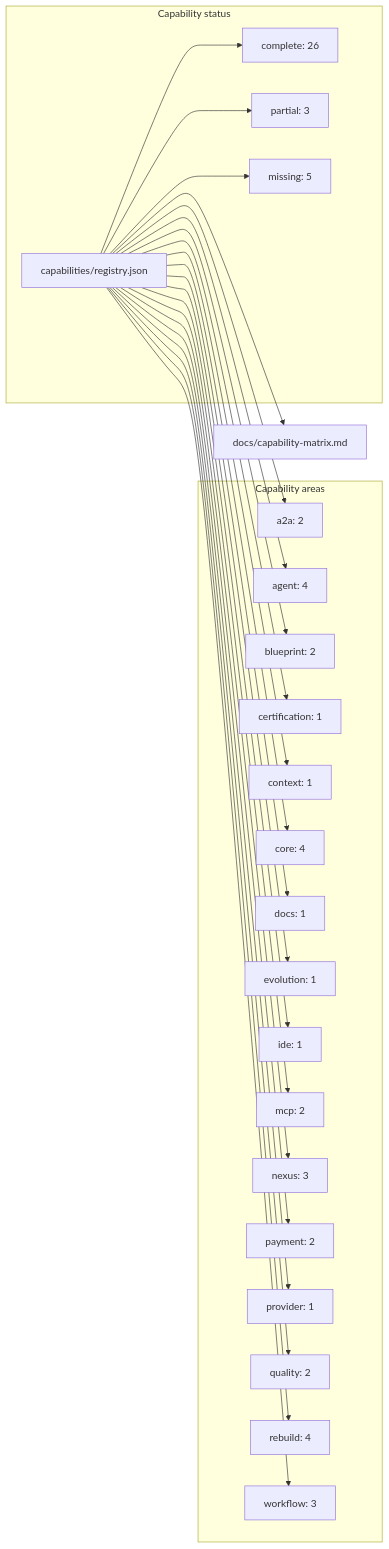
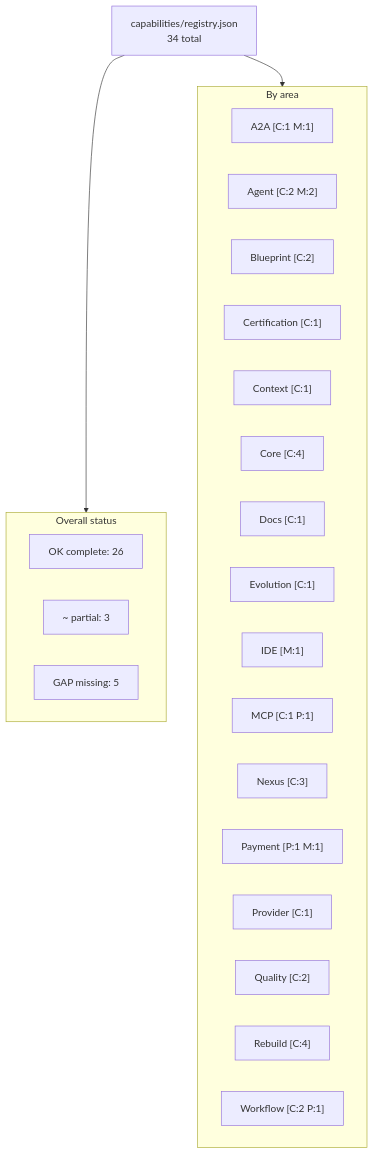
The third of 3 diagrams in docs/mermaid-diagrams.md (AAAA-Nexus/ASS-ADE), drawn with Mermaid before and after one commit. The commit also changed 5 other files, not shown here.

````diff
--- a/docs/mermaid-diagrams.md
+++ b/docs/mermaid-diagrams.md
@@ -69,50 +69,31 @@
 ```mermaid
-flowchart LR
-  registry["capabilities/registry.json"]
-  docs["docs/capability-matrix.md"]
-  registry --> docs
+flowchart TD
+  registry["capabilities/registry.json\n34 total"]
 
-  subgraph Status[Capability status]
-    status_complete["complete: 26"]
-    registry --> status_complete
-    status_partial["partial: 3"]
-    registry --> status_partial
-    status_missing["missing: 5"]
-    registry --> status_missing
+  subgraph Overall[Overall status]
+    ov_complete["OK complete: 26"]
+    ov_partial["~ partial: 3"]
+    ov_missing["GAP missing: 5"]
   end
+  registry --> Overall
 
-  subgraph Areas[Capability areas]
-    area_a2a["a2a: 2"]
-    registry --> area_a2a
-    area_agent["agent: 4"]
-    registry --> area_agent
-    area_blueprint["blueprint: 2"]
-    registry --> area_blueprint
-    area_certification["certification: 1"]
-    registry --> area_certification
-    area_context["context: 1"]
-    registry --> area_context
-    area_core["core: 4"]
-    registry --> area_core
-    area_docs["docs: 1"]
-    registry --> area_docs
-    area_evolution["evolution: 1"]
-    registry --> area_evolution
-    area_ide["ide: 1"]
-    registry --> area_ide
-    area_mcp["mcp: 2"]
-    registry --> area_mcp
-    area_nexus["nexus: 3"]
-    registry --> area_nexus
-    area_payment["payment: 2"]
-    registry --> area_payment
-    area_provider["provider: 1"]
-    registry --> area_provider
-    area_quality["quality: 2"]
-    registry --> area_quality
-    area_rebuild["rebuild: 4"]
-    registry --> area_rebuild
-    area_workflow["workflow: 3"]
-    registry --> area_workflow
+  subgraph Areas[By area]
+    area_a2a["A2A [C:1 M:1]"]
+    area_agent["Agent [C:2 M:2]"]
+    area_blueprint["Blueprint [C:2]"]
+    area_certification["Certification [C:1]"]
+    area_context["Context [C:1]"]
+    area_core["Core [C:4]"]
+    area_docs["Docs [C:1]"]
+    area_evolution["Evolution [C:1]"]
+    area_ide["IDE [M:1]"]
+    area_mcp["MCP [C:1 P:1]"]
+    area_nexus["Nexus [C:3]"]
+    area_payment["Payment [P:1 M:1]"]
+    area_provider["Provider [C:1]"]
+    area_quality["Quality [C:2]"]
+    area_rebuild["Rebuild [C:4]"]
+    area_workflow["Workflow [C:2 P:1]"]
   end
+  registry --> Areas
 ```
````
